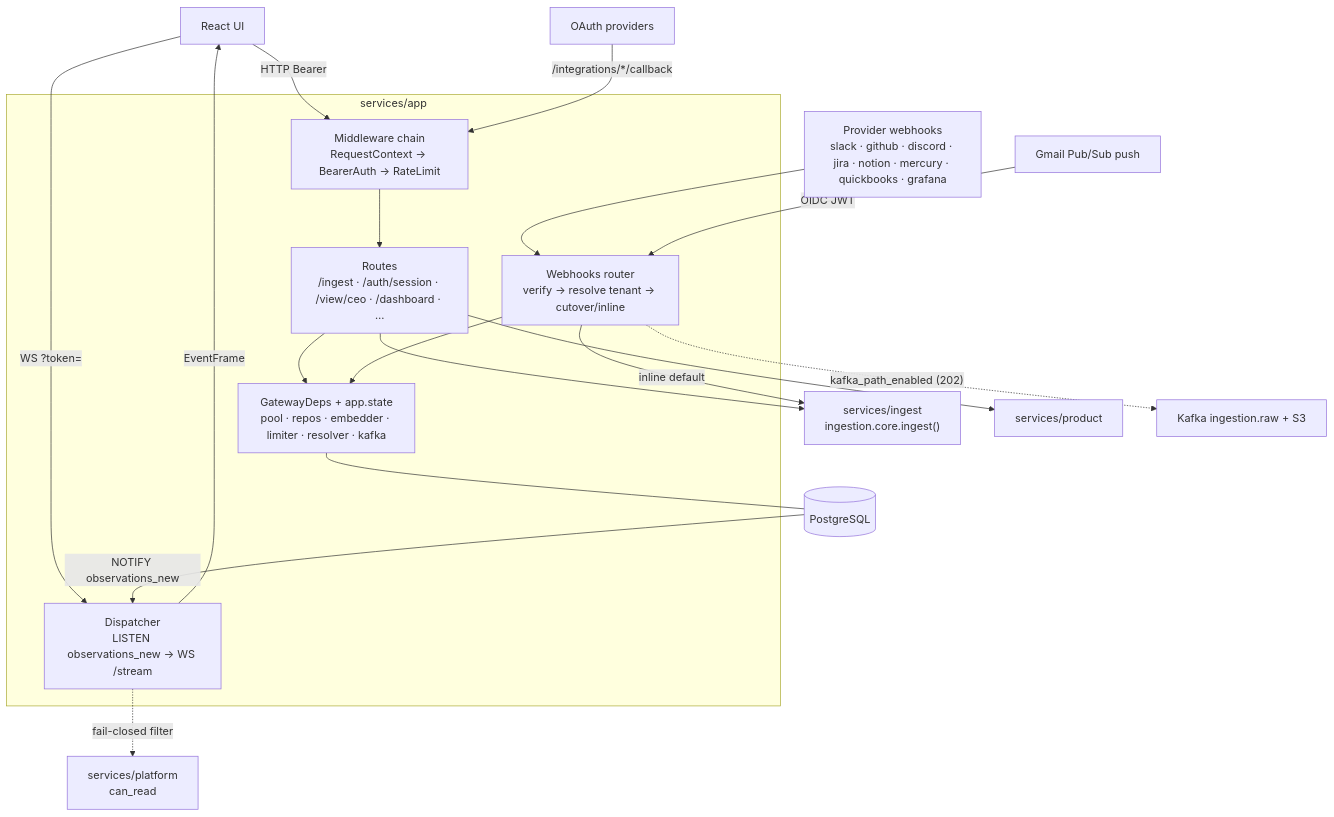
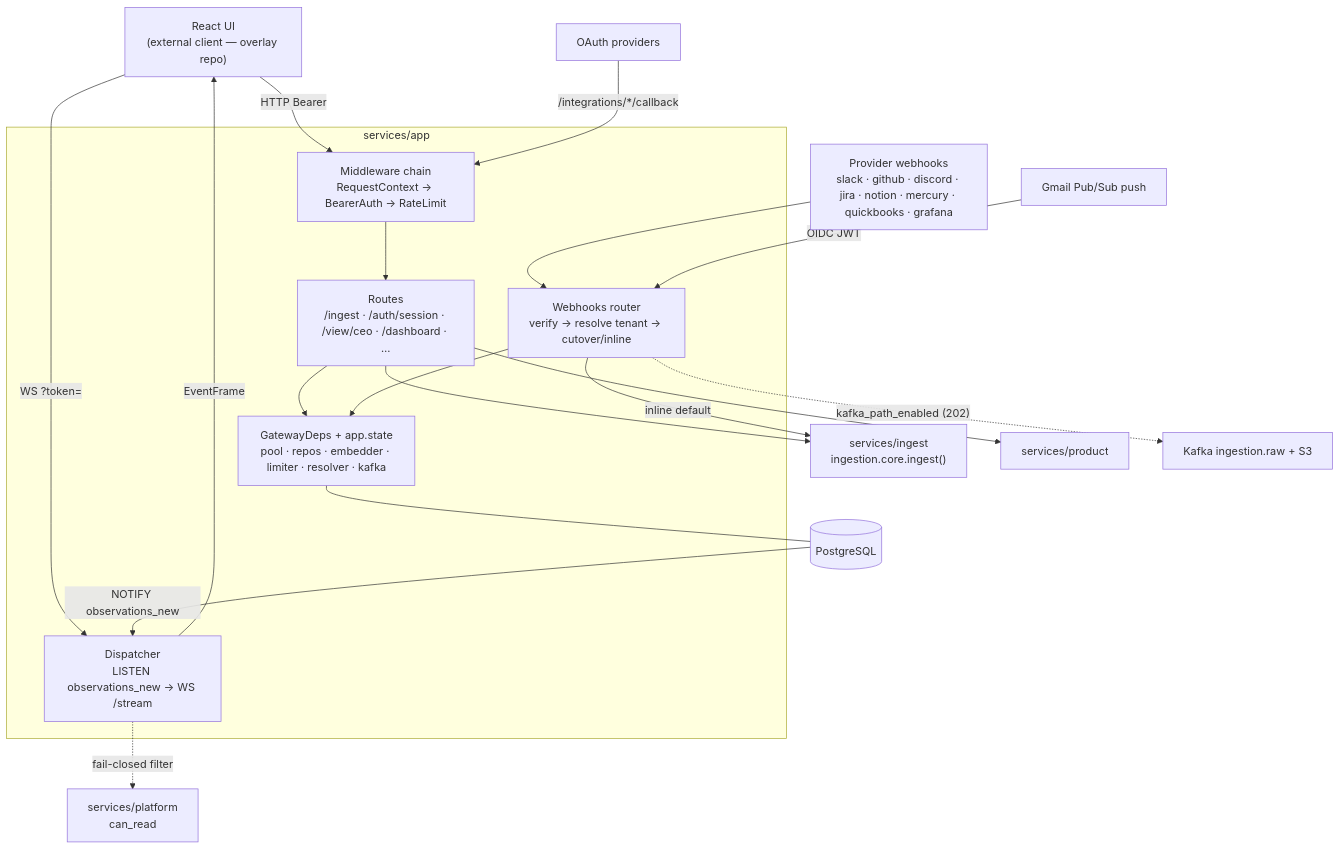
The fourth of 13 diagrams in FYRALIS.md (Fyralisinc/fyraliscore), drawn with Mermaid before and after one commit. The commit also changed other lines of this file and 356 other files, not shown here.

````diff
--- a/FYRALIS.md
+++ b/FYRALIS.md
@@ -340,38 +342,38 @@
 ```mermaid
 graph TD
-    UI["React UI"]
+    UI["React UI<br/>(external client — overlay repo)"]
     HOOKS["Provider webhooks<br/>slack · github · discord · jira · notion · mercury · quickbooks · grafana"]
     GMAIL["Gmail Pub/Sub push"]
     OAUTH["OAuth providers"]
 
     subgraph app["services/app"]
       MW["Middleware chain<br/>RequestContext → BearerAuth → RateLimit"]
       ROUTES["Routes<br/>/ingest · /auth/session · /view/ceo · /dashboard · …"]
       WHR["Webhooks router<br/>verify → resolve tenant → cutover/inline"]
       DISP["Dispatcher<br/>LISTEN observations_new → WS /stream"]
       DEPS["GatewayDeps + app.state<br/>pool · repos · embedder · limiter · resolver · kafka"]
     end
 
     INGEST["services/ingest<br/>ingestion.core.ingest()"]
     PRODUCT["services/product"]
     PG[("PostgreSQL")]
     KAFKA["Kafka ingestion.raw + S3"]
     PLAT["services/platform<br/>can_read"]
 
     UI -->|"HTTP Bearer"| MW
     UI -->|"WS ?token="| DISP
     HOOKS --> WHR
     GMAIL -->|"OIDC JWT"| WHR
     OAUTH -->|"/integrations/*/callback"| MW
     MW --> ROUTES
     ROUTES --> DEPS
     WHR --> DEPS
     ROUTES --> INGEST
     WHR -->|"inline default"| INGEST
     WHR -. "kafka_path_enabled (202)" .-> KAFKA
     ROUTES --> PRODUCT
     DEPS --- PG
     PG -->|"NOTIFY observations_new"| DISP
     DISP -. "fail-closed filter" .-> PLAT
     DISP -->|"EventFrame"| UI
 ```
````
